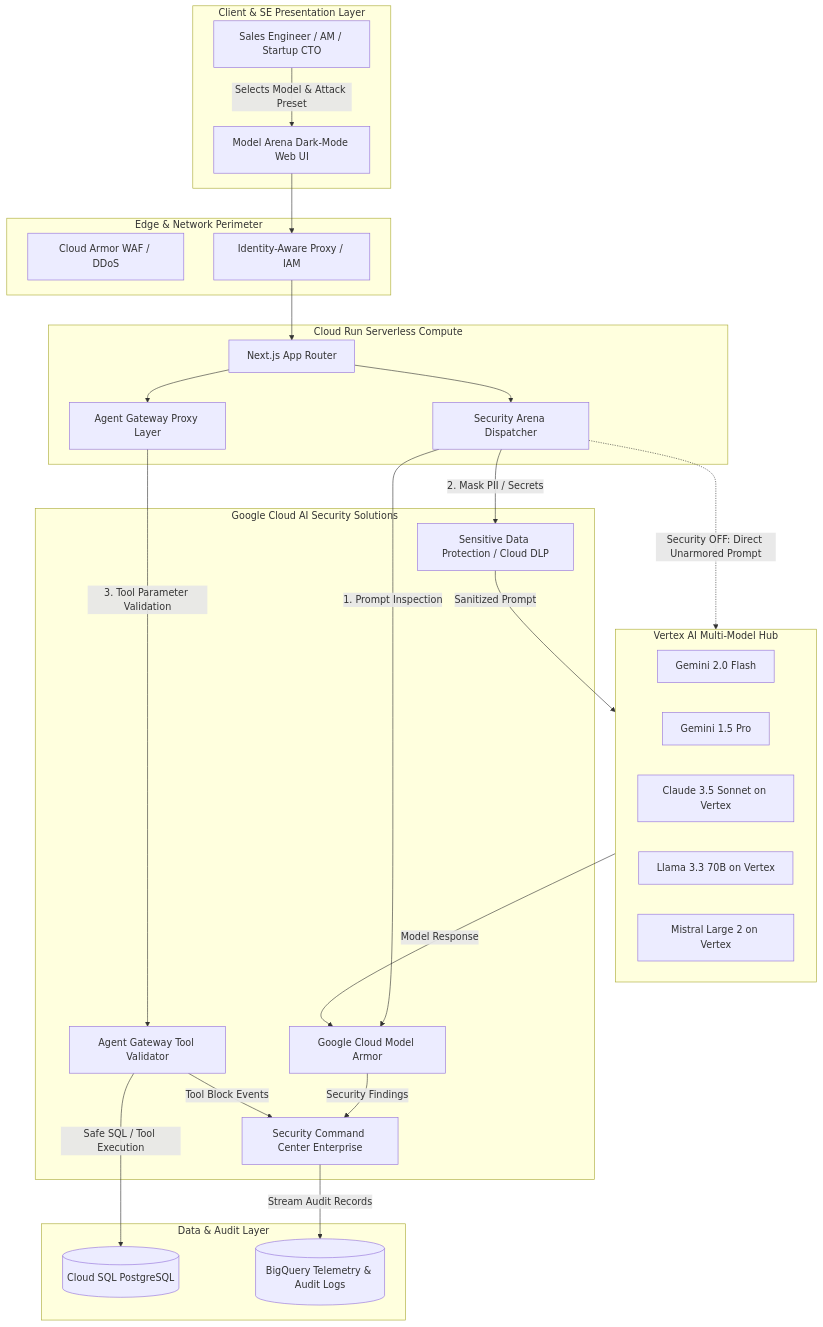
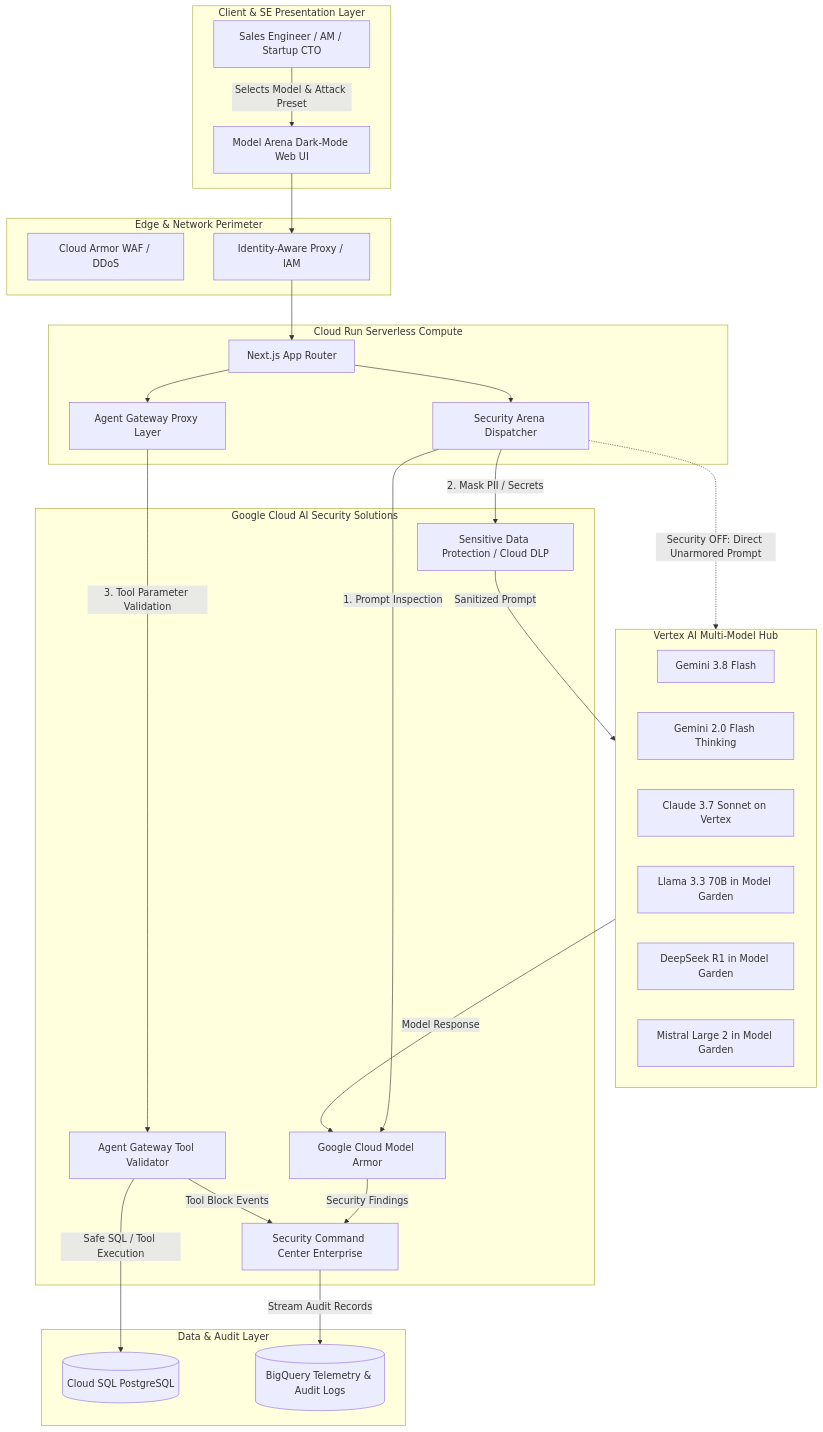
One commit to frankien-work/Model-Arena changed the diagram in docs/ARCHITECTURE.md. Above: the diagram before and after it, drawn with Mermaid. The commit also changed other lines of this file and 7 other files, not shown here.

Commit message:
feat(models): upgrade to Claude 3.7 Sonnet hybrid reasoning and Gemini 3.8 Flash across app and battlecards

````diff
--- a/docs/ARCHITECTURE.md
+++ b/docs/ARCHITECTURE.md
@@ -11,60 +11,61 @@
 ```mermaid
 flowchart TB
     subgraph ClientAndSE [Client & SE Presentation Layer]
         User[Sales Engineer / AM / Startup CTO]
         Browser[Model Arena Dark-Mode Web UI]
         User -->|Selects Model & Attack Preset| Browser
     end
 
     subgraph EdgeAndNetwork [Edge & Network Perimeter]
         CloudArmor[Cloud Armor WAF / DDoS]
         IAP[Identity-Aware Proxy / IAM]
     end
 
     subgraph CloudRunSvc [Cloud Run Serverless Compute]
         AppUI[Next.js App Router]
         SecRouter[Security Arena Dispatcher]
         AgentProxy[Agent Gateway Proxy Layer]
         AppUI --> SecRouter
         AppUI --> AgentProxy
     end
 
     subgraph DefenseInDepth [Google Cloud AI Security Solutions]
         ModelArmor[Google Cloud Model Armor]
         CloudDLP[Sensitive Data Protection / Cloud DLP]
         AgentGW[Agent Gateway Tool Validator]
         SCCe[Security Command Center Enterprise]
     end
 
     subgraph VertexAIHub [Vertex AI Multi-Model Hub]
-        GeminiFlash[Gemini 2.0 Flash]
-        GeminiPro[Gemini 1.5 Pro]
-        ClaudeSonnet[Claude 3.5 Sonnet on Vertex]
-        Llama[Llama 3.3 70B on Vertex]
-        Mistral[Mistral Large 2 on Vertex]
+        GeminiFlash[Gemini 3.8 Flash]
+        GeminiThinking[Gemini 2.0 Flash Thinking]
+        ClaudeSonnet[Claude 3.7 Sonnet on Vertex]
+        Llama[Llama 3.3 70B in Model Garden]
+        DeepSeek[DeepSeek R1 in Model Garden]
+        Mistral[Mistral Large 2 in Model Garden]
     end
 
     subgraph DataAndAudit [Data & Audit Layer]
         CloudSQL[(Cloud SQL PostgreSQL)]
         BigQuery[(BigQuery Telemetry & Audit Logs)]
     end
 
     Browser --> IAP
     IAP --> AppUI
 
     %% Left Pane: Guardrails OFF
     SecRouter -.->|Security OFF: Direct Unarmored Prompt| VertexAIHub
 
     %% Right Pane: Guardrails ON
     SecRouter -->|1. Prompt Inspection| ModelArmor
     SecRouter -->|2. Mask PII / Secrets| CloudDLP
     CloudDLP -->|Sanitized Prompt| VertexAIHub
     VertexAIHub -->|Model Response| ModelArmor
     AgentProxy -->|3. Tool Parameter Validation| AgentGW
     AgentGW -->|Safe SQL / Tool Execution| CloudSQL
 
     %% Audit Log Stream
     ModelArmor -->|Security Findings| SCCe
     AgentGW -->|Tool Block Events| SCCe
     SCCe -->|Stream Audit Records| BigQuery
 ```
````
